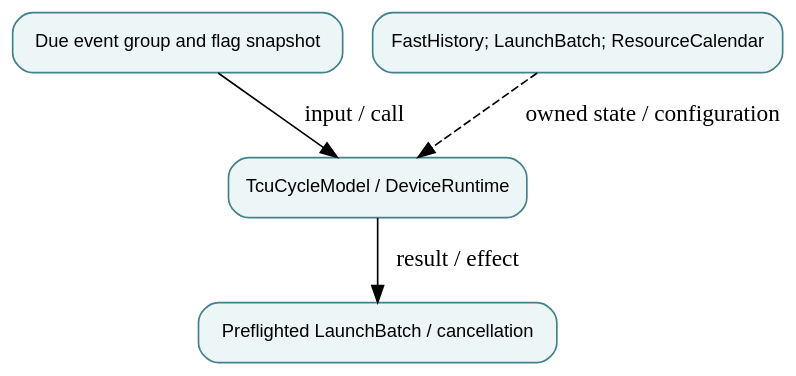
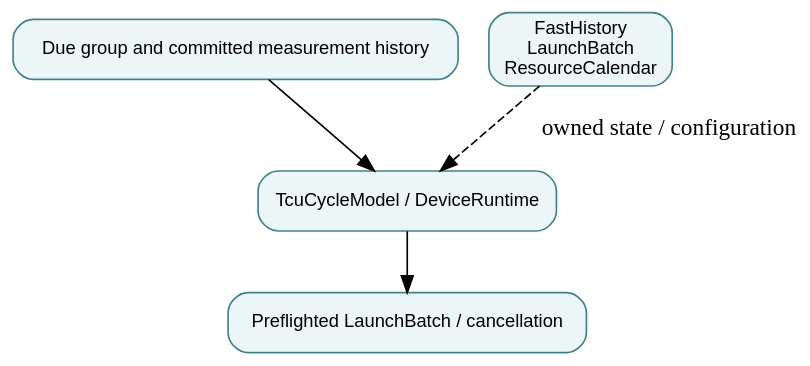
One commit to qsbit-org/qsbit-sim changed the diagram in docs/modules/condition-gate-and-launch-preflight.md. Above: the diagram before and after it, drawn with Graphviz. The commit also changed other lines of this file and 41 other files, not shown here.

````diff
--- a/docs/modules/condition-gate-and-launch-preflight.md
+++ b/docs/modules/condition-gate-and-launch-preflight.md
@@ -17,11 +14,11 @@
 ```{graphviz}
 digraph module {
   rankdir=TB; bgcolor="transparent";
   node [shape=box, style="rounded,filled", fillcolor="#edf6f7", color="#43818a", fontname="sans-serif", fontsize=11];
-  input [label="Due event group and flag snapshot"];
+  input [label="Due group and committed measurement history"];
   owner [label="TcuCycleModel / DeviceRuntime"];
-  state [label="FastHistory; LaunchBatch; ResourceCalendar"];
+  state [label="FastHistory\nLaunchBatch\nResourceCalendar"];
   output [label="Preflighted LaunchBatch / cancellation"];
-  input -> owner [label="input / call"]; owner -> output [label="result / effect"]; state -> owner [style=dashed, label="owned state / configuration"];
+  input -> owner; owner -> output; state -> owner [style=dashed, label="owned state / configuration"];
 }
 ```
````
